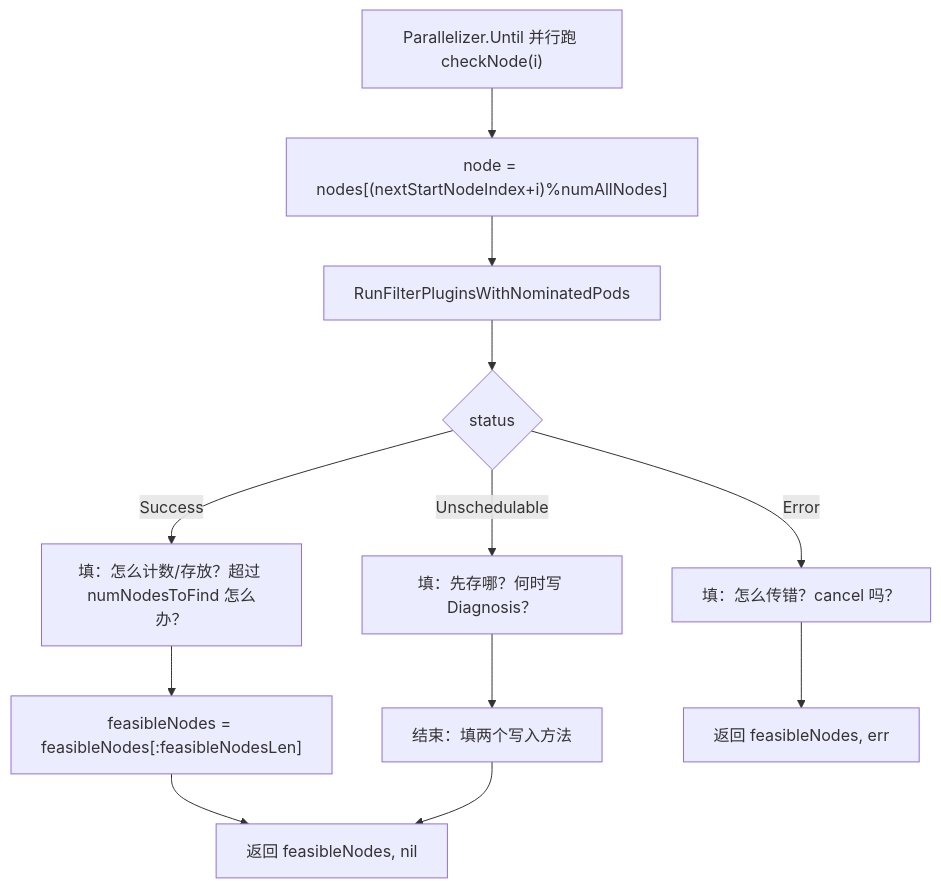
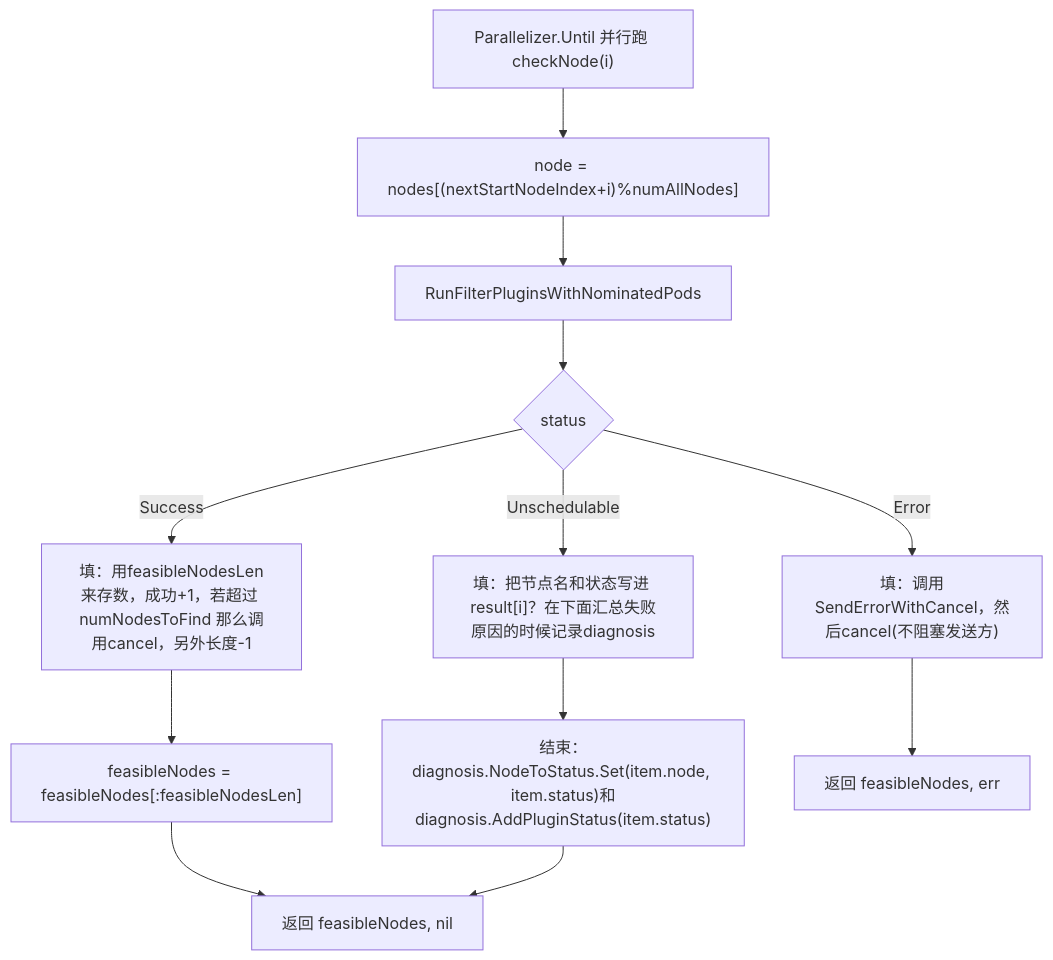
The tenth of 11 diagrams in docs/worksheet-T1-1-flowchart.md (664182893/scheduler), drawn with Mermaid before and after one commit.

Commit message:
Restore fill-in prompts for Filter execution

````diff
--- a/docs/worksheet-T1-1-flowchart.md
+++ b/docs/worksheet-T1-1-flowchart.md
@@ -274,14 +274,14 @@
 ```mermaid
 graph TD
   A["Parallelizer.Until 并行跑 checkNode(i)"] --> B["node = nodes[(nextStartNodeIndex+i)%numAllNodes]"]
   B --> C["RunFilterPluginsWithNominatedPods"]
   C --> D{"status"}
-  D -->|"Error"| E["填：怎么传错？cancel 吗？"]
-  D -->|"Success"| F["填：怎么计数/存放？超过 numNodesToFind 怎么办？"]
-  D -->|"Unschedulable"| G["填：先存哪？何时写 Diagnosis？"]
+  D -->|"Error"| E["填：调用SendErrorWithCancel，然后cancel(不阻塞发送方)"]
+  D -->|"Success"| F["填：用feasibleNodesLen来存数，成功+1，若超过 numNodesToFind 那么调用cancel，另外长度-1"]
+  D -->|"Unschedulable"| G["填：把节点名和状态写进 result[i]？在下面汇总失败原因的时候记录diagnosis"]
   F --> H["feasibleNodes = feasibleNodes[:feasibleNodesLen]"]
-  G --> I["结束：填两个写入方法"]
+  G --> I["结束：diagnosis.NodeToStatus.Set(item.node, item.status)和diagnosis.AddPluginStatus(item.status)"]
   E --> J["返回 feasibleNodes, err"]
   H --> K["返回 feasibleNodes, nil"]
   I --> K
 ```
````
